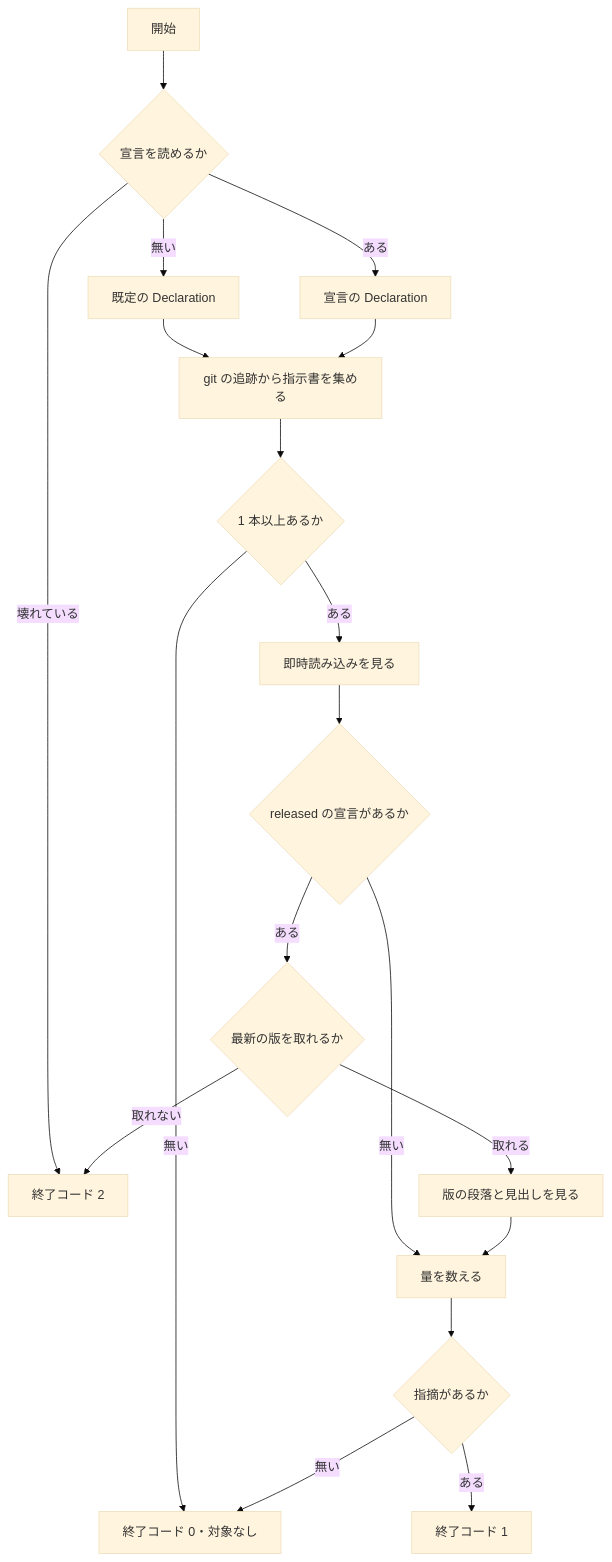
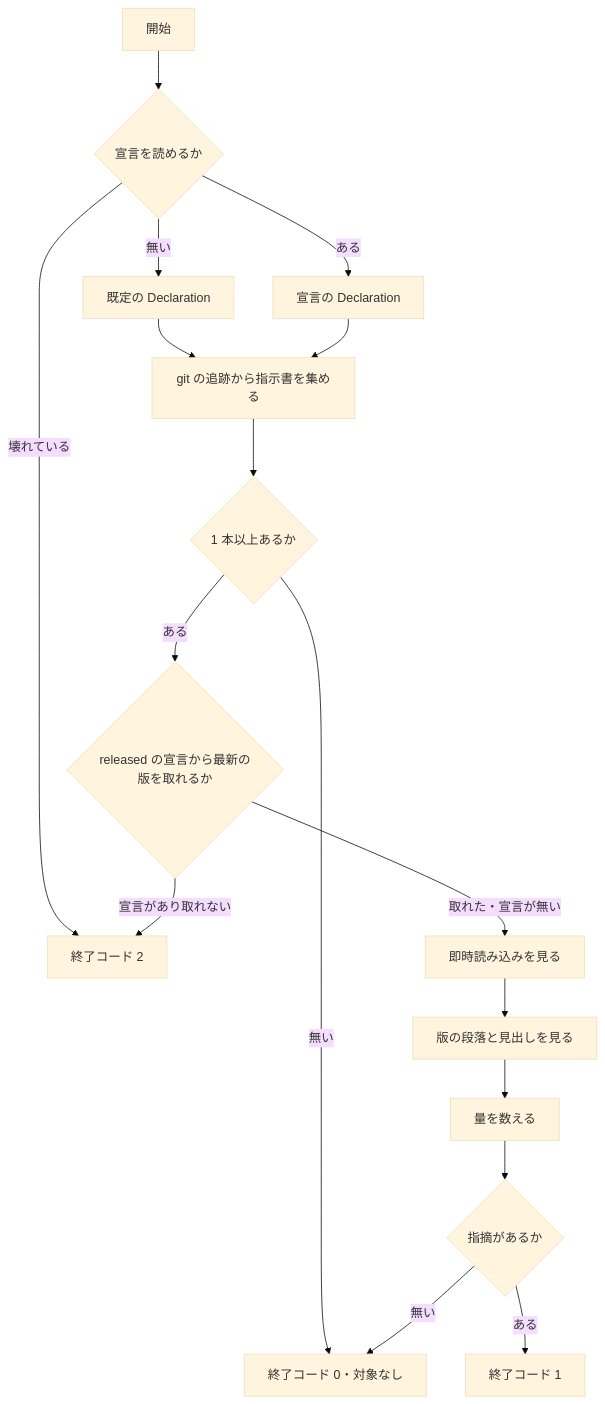
The fifth of 5 diagrams in issues/issue-554-design.md (devbasex/ai-plugins), drawn with Mermaid (base theme) before and after one commit. The commit also changed other lines of this file and 1 other file, not shown here.

````diff
--- a/issues/issue-554-design.md
+++ b/issues/issue-554-design.md
@@ -211,20 +215,19 @@
 ```mermaid
 graph TD
     S[開始] --> D{宣言を読めるか}
     D -->|壊れている| E2[終了コード 2]
     D -->|無い| DEF[既定の Declaration]
     D -->|ある| USE[宣言の Declaration]
     DEF --> COL[git の追跡から指示書を集める]
     USE --> COL
     COL --> N{1 本以上あるか}
     N -->|無い| E0[終了コード 0・対象なし]
-    N -->|ある| IMP[即時読み込みを見る]
-    IMP --> V{released の宣言があるか}
-    V -->|無い| BUD[量を数える]
-    V -->|ある| MAX{最新の版を取れるか}
-    MAX -->|取れない| E2
-    MAX -->|取れる| VER[版の段落と見出しを見る] --> BUD
+    N -->|ある| MAX{released の宣言から最新の版を取れるか}
+    MAX -->|宣言があり取れない| E2
+    MAX -->|取れた・宣言が無い| IMP[即時読み込みを見る]
+    IMP --> VER[版の段落と見出しを見る]
+    VER --> BUD[量を数える]
     BUD --> R{指摘があるか}
     R -->|ある| E1[終了コード 1]
     R -->|無い| E0
 ```
````
